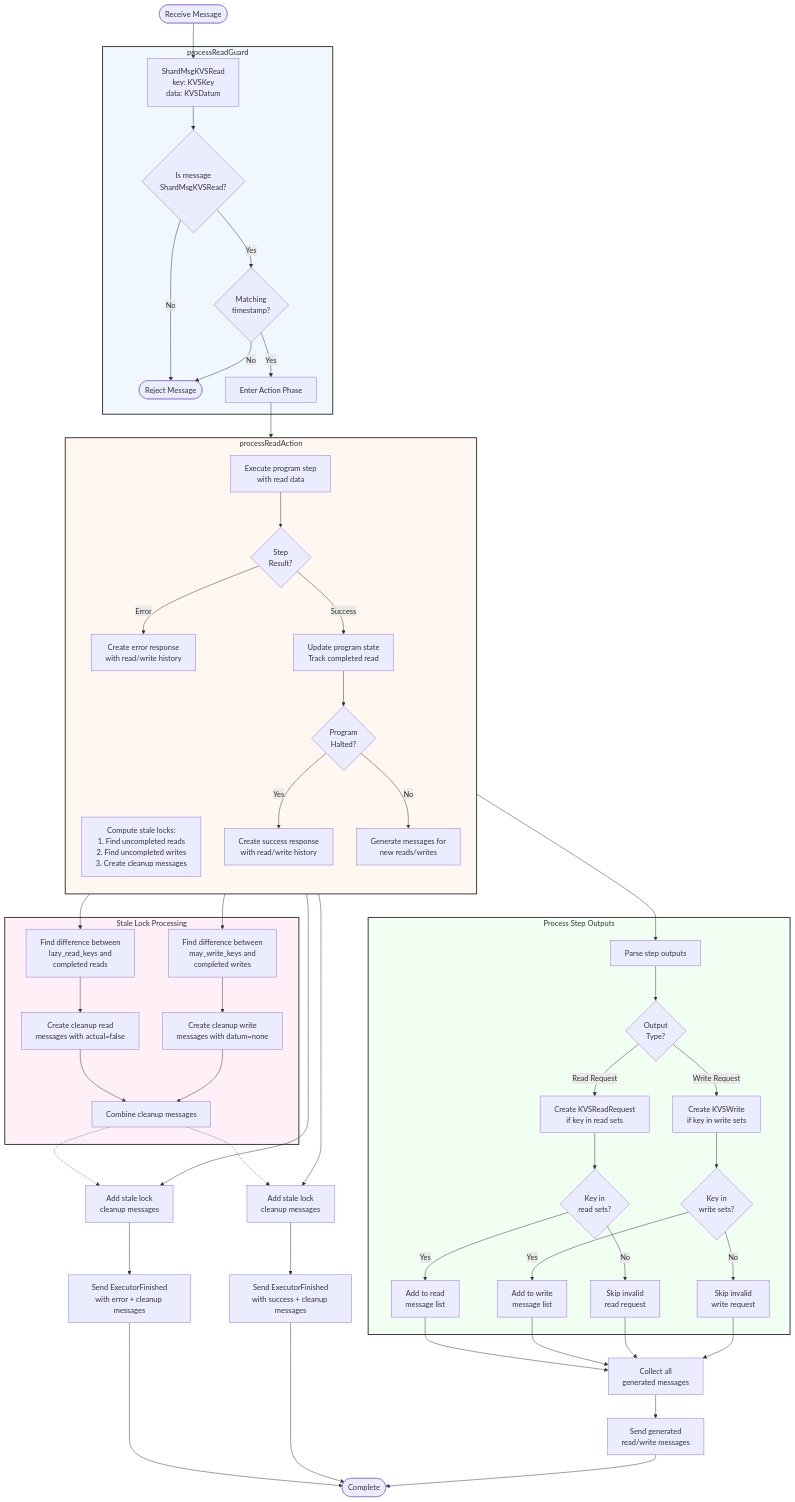
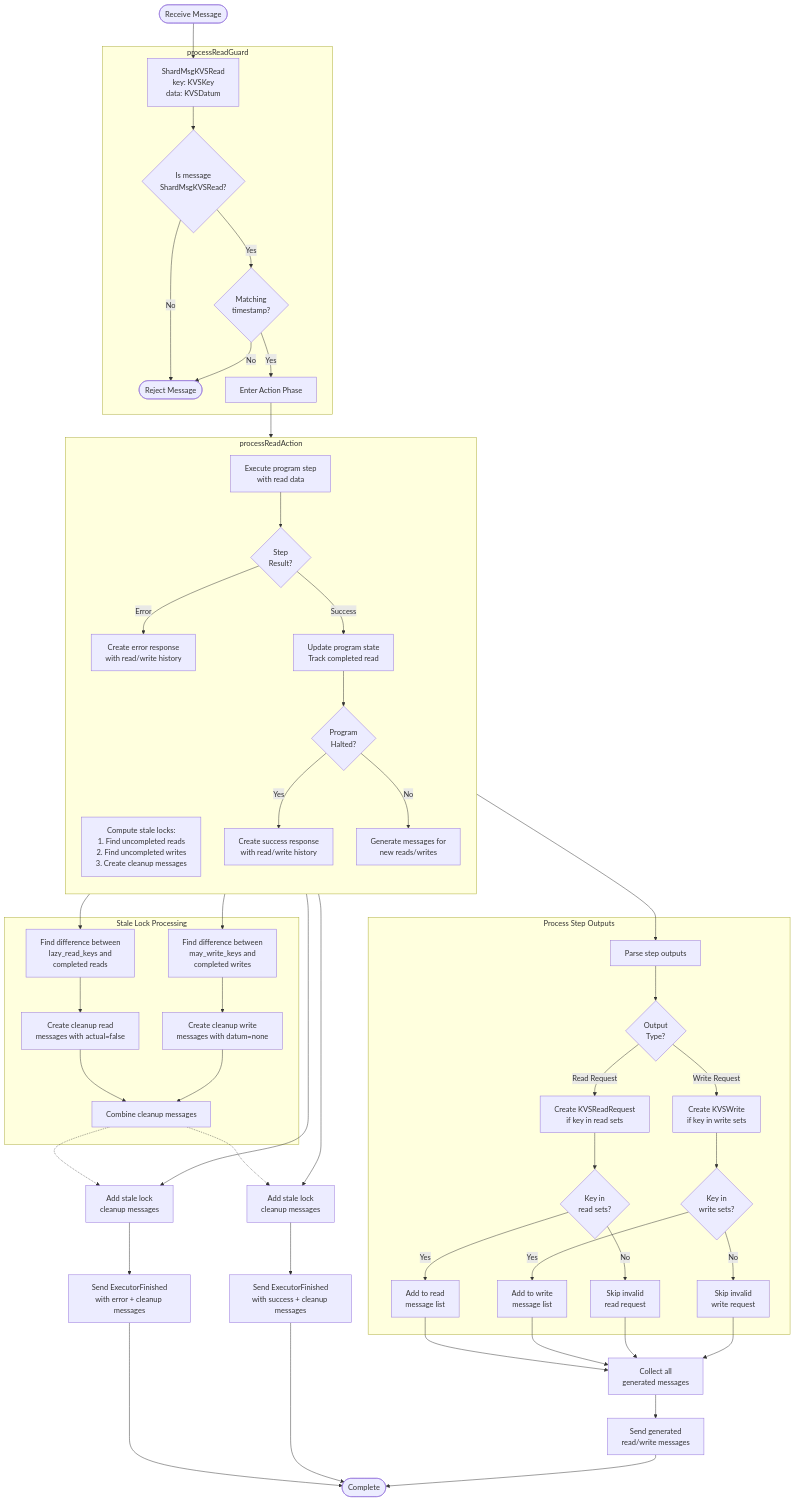
One commit to anoma/nspec changed the diagram in docs/arch/node/engines/executor_behaviour.juvix.md. Above: the diagram before and after it, drawn with Mermaid. The commit also changed other lines of this file, not shown here.

````diff
--- a/docs/arch/node/engines/executor_behaviour.juvix.md
+++ b/docs/arch/node/engines/executor_behaviour.juvix.md
@@ -43,72 +43,67 @@
 ```mermaid
 flowchart TD
     Start([Receive Message]) --> Msg[ShardMsgKVSRead<br/>key: KVSKey<br/>data: KVSDatum]
 
     subgraph Guard["processReadGuard"]
         Msg --> CheckMsg{Is message<br/>ShardMsgKVSRead?}
         CheckMsg -->|No| Reject([Reject Message])
         CheckMsg -->|Yes| ValidTS{Matching<br/>timestamp?}
         ValidTS -->|No| Reject
         ValidTS -->|Yes| ActionEntry[Enter Action Phase]
     end
 
     ActionEntry --> Action
 
     subgraph Action["processReadAction"]
         direction TB
         ComputeStale["Compute stale locks:<br/>1. Find uncompleted reads<br/>2. Find uncompleted writes<br/>3. Create cleanup messages"]
         ExecStep[Execute program step<br/>with read data]
         ExecStep --> StepResult{Step<br/>Result?}
         StepResult -->|Error| ErrBranch[Create error response<br/>with read/write history]
         StepResult -->|Success| SuccessBranch[Update program state<br/>Track completed read]
         SuccessBranch --> CheckHalt{Program<br/>Halted?}
         CheckHalt -->|Yes| FinishOk[Create success response<br/>with read/write history]
         CheckHalt -->|No| GenMsgs[Generate messages for<br/>new reads/writes]
     end
 
     ErrBranch --> AddStaleErr[Add stale lock<br/>cleanup messages]
     FinishOk --> AddStaleOk[Add stale lock<br/>cleanup messages]
 
     GenMsgs --> Parse[Parse step outputs]
 
     subgraph ProcessOutputs["Process Step Outputs"]
         Parse --> CheckType{Output<br/>Type?}
         CheckType -->|Read Request| ReadBranch[Create KVSReadRequest<br/>if key in read sets]
         CheckType -->|Write Request| WriteBranch[Create KVSWrite<br/>if key in write sets]
 
         ReadBranch --> ValidRead{Key in<br/>read sets?}
         ValidRead -->|Yes| AddRead[Add to read<br/>message list]
         ValidRead -->|No| SkipRead[Skip invalid<br/>read request]
 
         WriteBranch --> ValidWrite{Key in<br/>write sets?}
         ValidWrite -->|Yes| AddWrite[Add to write<br/>message list]
         ValidWrite -->|No| SkipWrite[Skip invalid<br/>write request]
     end
 
     AddRead --> Collect[Collect all<br/>generated messages]
     AddWrite --> Collect
     SkipRead --> Collect
     SkipWrite --> Collect
 
     subgraph StaleComputation["Stale Lock Processing"]
         ComputeStale --> FindReads[Find difference between<br/>lazy_read_keys and<br/>completed reads]
         ComputeStale --> FindWrites[Find difference between<br/>may_write_keys and<br/>completed writes]
         FindReads --> CreateRead[Create cleanup read<br/>messages with actual=false]
         FindWrites --> CreateWrite[Create cleanup write<br/>messages with datum=none]
         CreateRead & CreateWrite --> CombineMsgs[Combine cleanup messages]
     end
 
     CombineMsgs -.-> AddStaleErr
     CombineMsgs -.-> AddStaleOk
 
     AddStaleErr --> NotifyFail[Send ExecutorFinished<br/>with error + cleanup messages]
     AddStaleOk --> NotifySuccess[Send ExecutorFinished<br/>with success + cleanup messages]
     Collect --> SendMsgs[Send generated<br/>read/write messages]
 
     NotifyFail & NotifySuccess & SendMsgs --> End([Complete])
-
-    style Guard fill:#f0f7ff,stroke:#333,stroke-width:2px
-    style Action fill:#fff7f0,stroke:#333,stroke-width:2px
-    style ProcessOutputs fill:#f0fff2,stroke:#333,stroke-width:2px
-    style StaleComputation fill:#fff0f7,stroke:#333,stroke-width:2px
 ```
````
